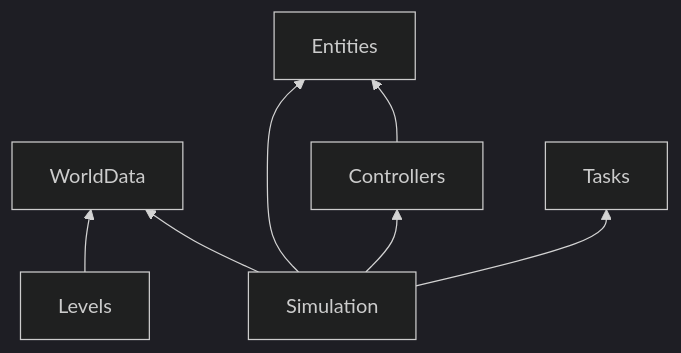
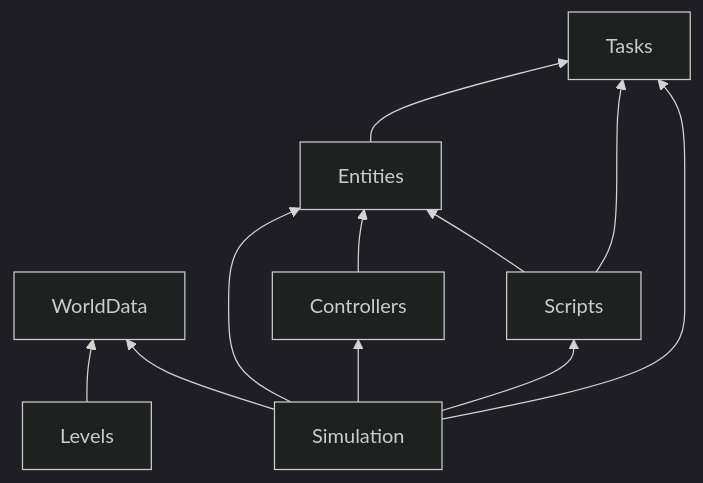
The diagram in src/BodyCheck.Core/architecture.md (therighttrousers/bodycheck), drawn with Mermaid (dark theme) before and after one commit. The commit also changed other lines of this file and 32 other files, not shown here.

````diff
--- a/src/BodyCheck.Core/architecture.md
+++ b/src/BodyCheck.Core/architecture.md
@@ -44,9 +46,13 @@
 ```mermaid
 graph BT
     Controllers --> Entities
+    Entities --> Tasks
     Levels --> WorldData
+    Scripts --> Entities
+    Scripts --> Tasks
     Simulation --> WorldData
     Simulation --> Entities
     Simulation --> Controllers
+    Simulation --> Scripts
     Simulation --> Tasks
 ```
````
